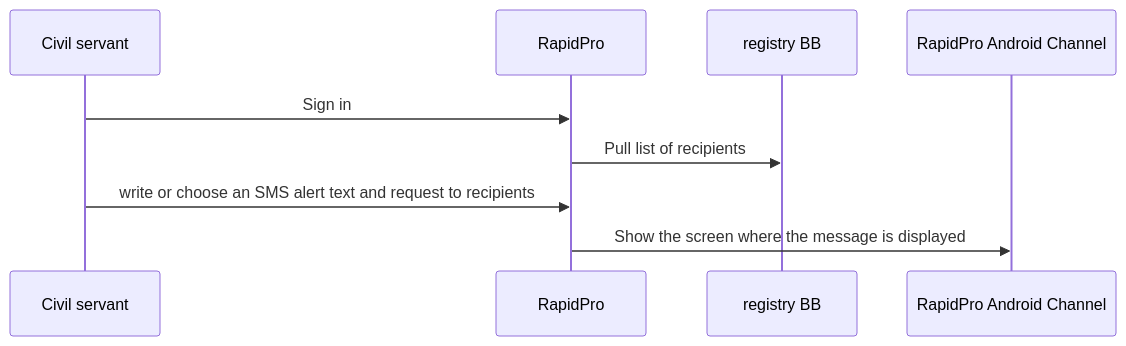
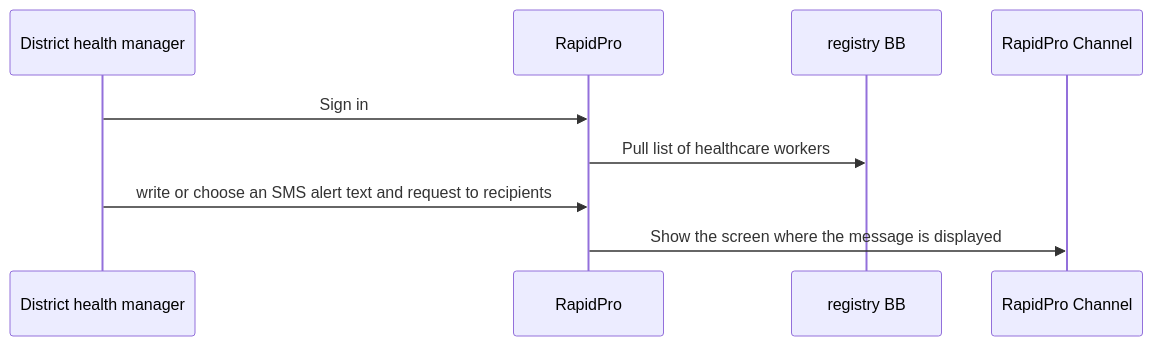
Before and after one commit to GovStackWorkingGroup/sandbox: the diagram in docs/access-demos/message-use-case.md, drawn with Mermaid.

Commit message:
Diagram improvement.

````diff
--- a/docs/access-demos/message-use-case.md
+++ b/docs/access-demos/message-use-case.md
@@ -11,7 +11,7 @@
 ```mermaid
 sequenceDiagram
-    Civil servant ->> RapidPro: Sign in
-    RapidPro ->> registry BB: Pull list of recipients
-    Civil servant ->> RapidPro: write or choose an SMS alert text and request to recipients
-    RapidPro ->> RapidPro Android Channel: Show the screen where the message is displayed
+    District health manager ->> RapidPro: Sign in
+    RapidPro ->> registry BB: Pull list of healthcare workers 
+  District health manager ->> RapidPro: write or choose an SMS alert text and request to recipients
+    RapidPro ->> RapidPro Channel: Show the screen where the message is displayed
 ```
````
